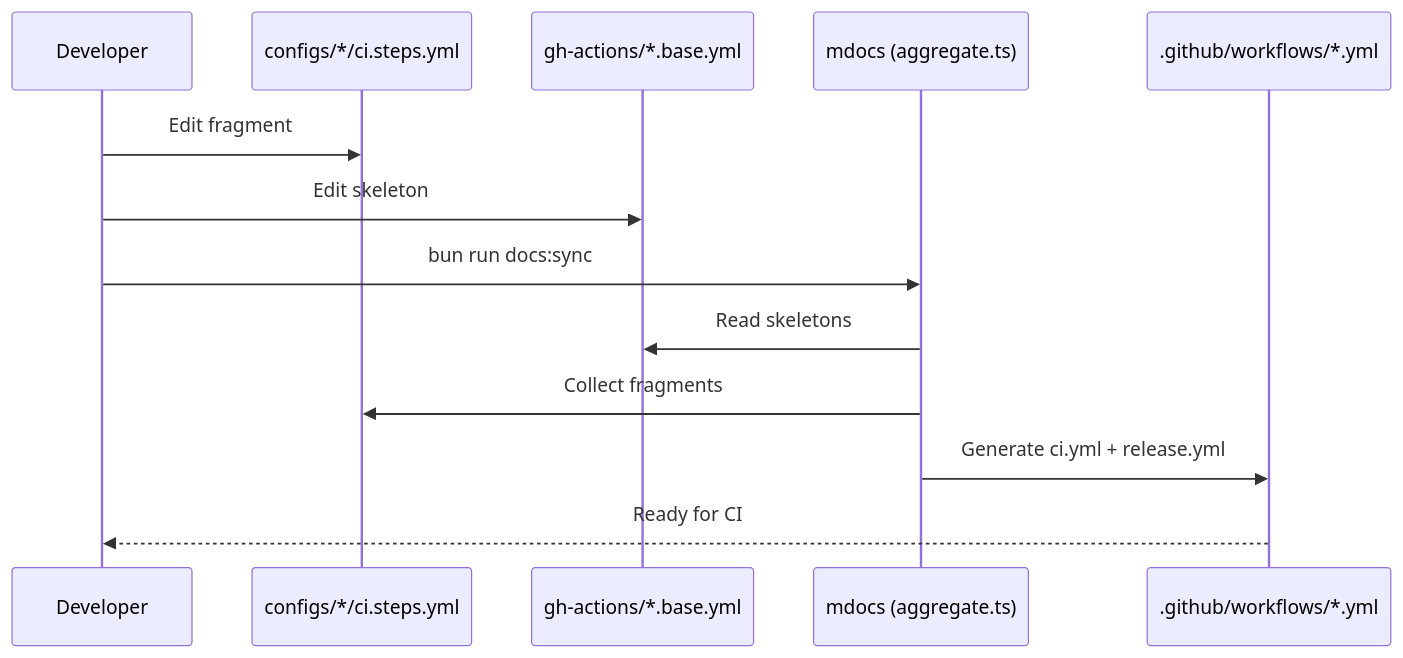
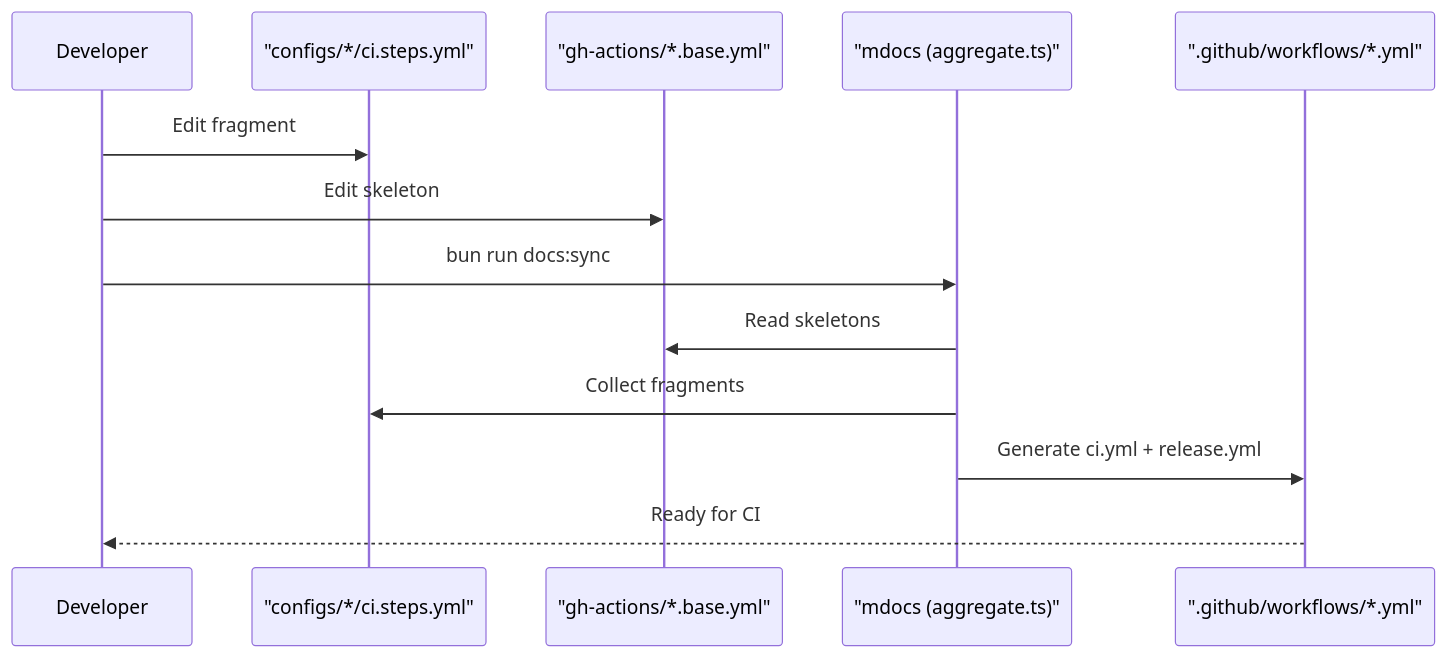
The second of 2 diagrams in README.md (Archont561/ts-monorepo-template), drawn with Mermaid before and after one commit. The commit also changed other lines of this file and 7 other files, not shown here.

First line of the commit message:
fix(mermaid): quote labels containing * and /* to avoid lexical error

````diff
--- a/README.md
+++ b/README.md
@@ -231,16 +231,16 @@
 ```mermaid
 sequenceDiagram
     participant Dev as Developer
-    participant Config as configs/*/ci.steps.yml
-    participant Base as gh-actions/*.base.yml
-    participant Mdocs as mdocs (aggregate.ts)
-    participant GH as .github/workflows/*.yml
+    participant Config as "configs/*/ci.steps.yml"
+    participant Base as "gh-actions/*.base.yml"
+    participant Mdocs as "mdocs (aggregate.ts)"
+    participant GH as ".github/workflows/*.yml"
 
     Dev->>Config: Edit fragment
     Dev->>Base: Edit skeleton
     Dev->>Mdocs: bun run docs:sync
     Mdocs->>Base: Read skeletons
     Mdocs->>Config: Collect fragments
     Mdocs->>GH: Generate ci.yml + release.yml
     GH-->>Dev: Ready for CI
 ```
````
